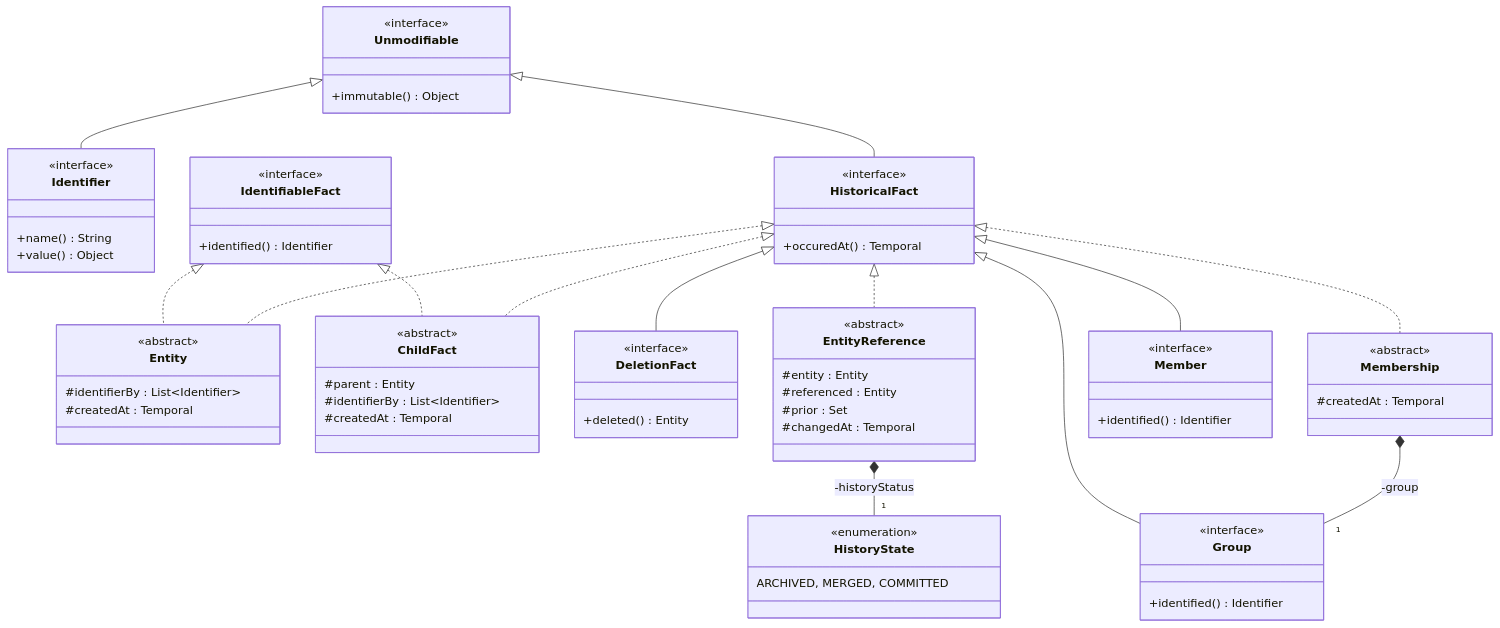
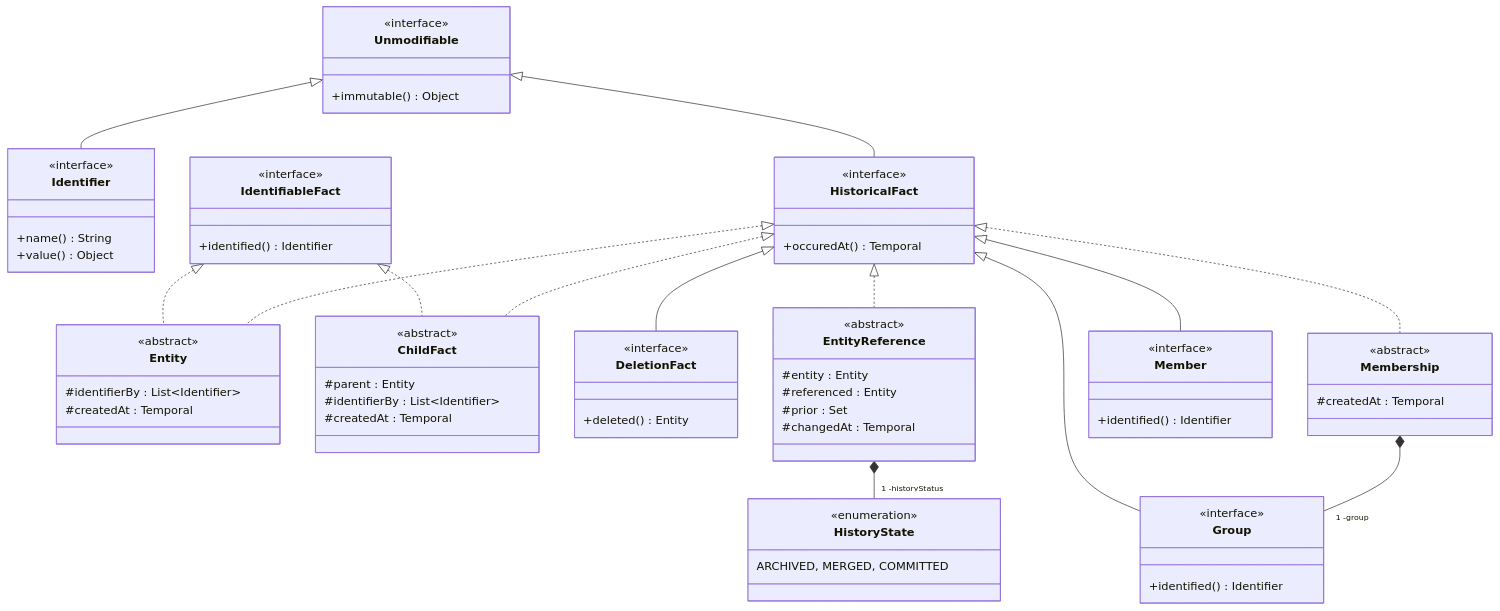
Before and after one commit to cybnity/foundation: the diagram in implementations-line/framework/immutable/README.md, drawn with Mermaid.

````diff
--- a/implementations-line/framework/immutable/README.md
+++ b/implementations-line/framework/immutable/README.md
@@ -27,72 +27,72 @@
 ```mermaid
 classDiagram
     Unmodifiable <|-- Identifier
     IdentifiableFact <|.. Entity
     HistoricalFact <|.. Entity
     IdentifiableFact <|.. ChildFact
     Unmodifiable <|-- HistoricalFact
     HistoricalFact <|.. ChildFact
     HistoricalFact <|-- DeletionFact
     HistoricalFact <|.. EntityReference
-    EntityReference *-- "1" HistoryState : -historyStatus
+    EntityReference *-- "1 -historyStatus" HistoryState
     HistoricalFact <|-- Group
     HistoricalFact <|.. Membership
     HistoricalFact <|-- Member
-    Membership *-- "1" Group : -group
+    Membership *-- "1 -group" Group
 
     class HistoricalFact {
         <<interface>>
         +occuredAt() Temporal
     }
     class IdentifiableFact {
         <<interface>>
         +identified() Identifier
     }
     class Entity {
         <<abstract>>
         #identifierBy : List~Identifier~
         #createdAt : Temporal
     }
     class ChildFact {
         <<abstract>>
         #parent : Entity
         #identifierBy : List~Identifier~
         #createdAt : Temporal
     }
     class DeletionFact {
         <<interface>>
         +deleted() Entity
     }
     class Unmodifiable {
         <<interface>>
         +immutable() Object
     }
     class Identifier {
         <<interface>>
         +name() String
         +value() Object
     }
     class HistoryState {
         <<enumeration>>
         ARCHIVED, MERGED, COMMITTED
     }
     class EntityReference {
         <<abstract>>
         #entity : Entity
         #referenced : Entity
         #prior : Set<EntityReference>
         #changedAt : Temporal
     }
     class Group {
         <<interface>>
         +identified() Identifier
     }
     class Member {
         <<interface>>
         +identified() Identifier
     }
     class Membership {
         <<abstract>>
         #createdAt : Temporal
     }
 ```
````
